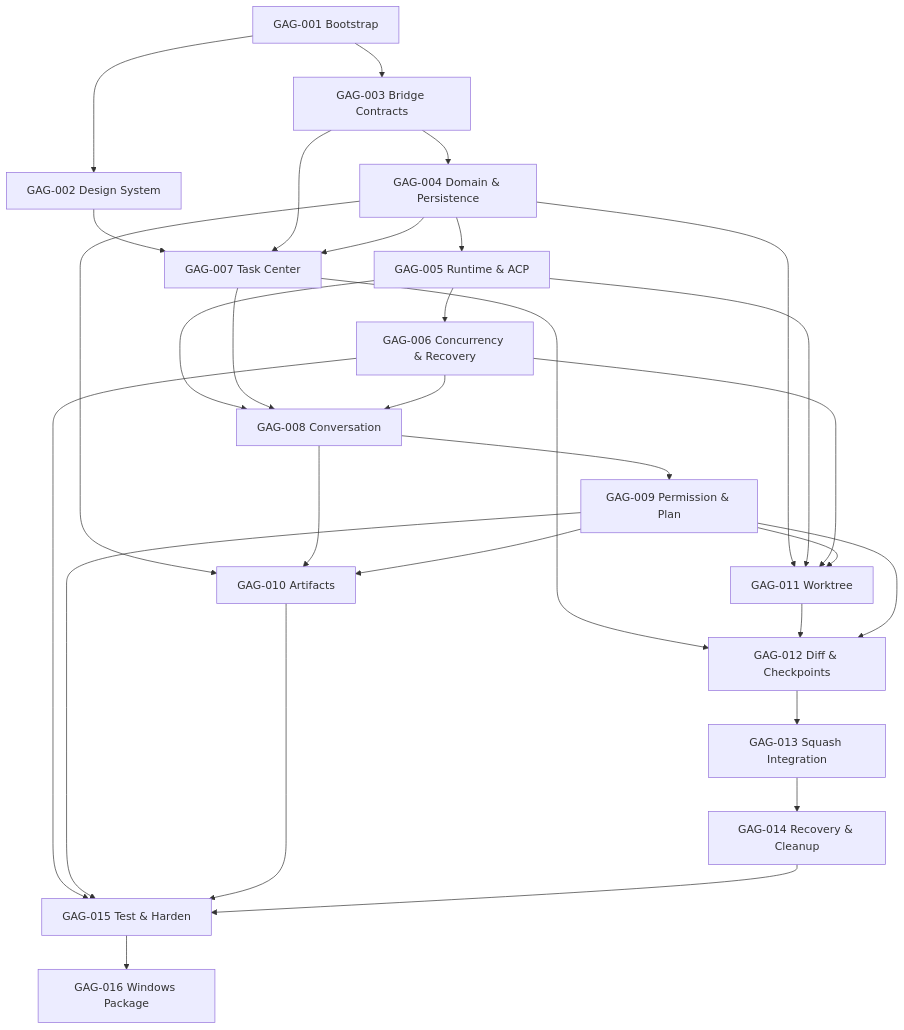
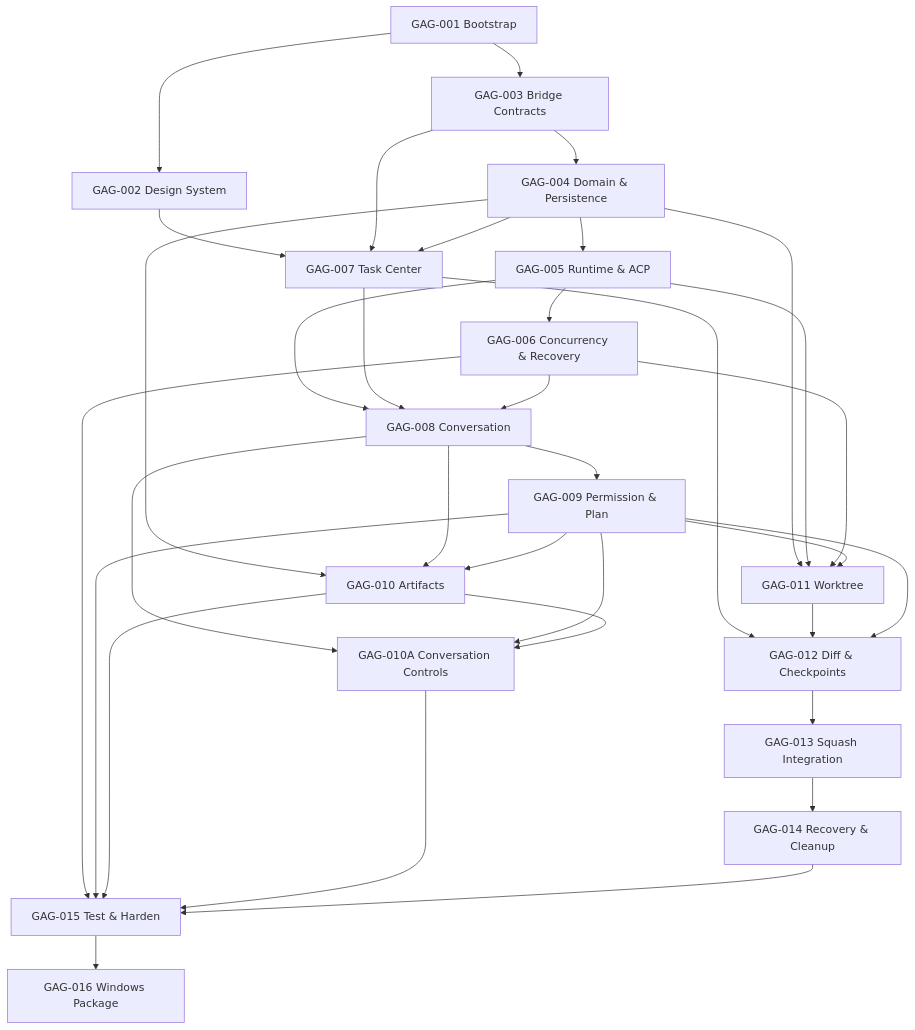
The diagram in docs/04-AI-DEVELOPMENT-ROADMAP.md (psycho1960/grok-acp-gui), drawn with Mermaid before and after one commit. The commit also changed other lines of this file and 9 other files, not shown here.

Commit message:
docs(GAG-010A): archive conversation controls and localization (#15)

````diff
--- a/docs/04-AI-DEVELOPMENT-ROADMAP.md
+++ b/docs/04-AI-DEVELOPMENT-ROADMAP.md
@@ -38,32 +39,36 @@
 ```mermaid
 flowchart TD
     T1["GAG-001 Bootstrap"] --> T2["GAG-002 Design System"]
     T1 --> T3["GAG-003 Bridge Contracts"]
     T3 --> T4["GAG-004 Domain & Persistence"]
     T4 --> T5["GAG-005 Runtime & ACP"]
     T5 --> T6["GAG-006 Concurrency & Recovery"]
     T2 --> T7["GAG-007 Task Center"]
     T3 --> T7
     T4 --> T7
     T5 --> T8["GAG-008 Conversation"]
     T7 --> T8
     T6 --> T8
     T8 --> T9["GAG-009 Permission & Plan"]
     T4 --> T10["GAG-010 Artifacts"]
     T8 --> T10
     T9 --> T10
+    T8 --> T10A["GAG-010A Conversation Controls"]
+    T9 --> T10A
+    T10 --> T10A
     T4 --> T11["GAG-011 Worktree"]
     T5 --> T11
     T6 --> T11
     T9 --> T11
     T7 --> T12["GAG-012 Diff & Checkpoints"]
     T11 --> T12
     T9 --> T12
     T12 --> T13["GAG-013 Squash Integration"]
     T13 --> T14["GAG-014 Recovery & Cleanup"]
     T6 --> T15["GAG-015 Test & Harden"]
     T9 --> T15
     T10 --> T15
+    T10A --> T15
     T14 --> T15
     T15 --> T16["GAG-016 Windows Package"]
 ```
````
